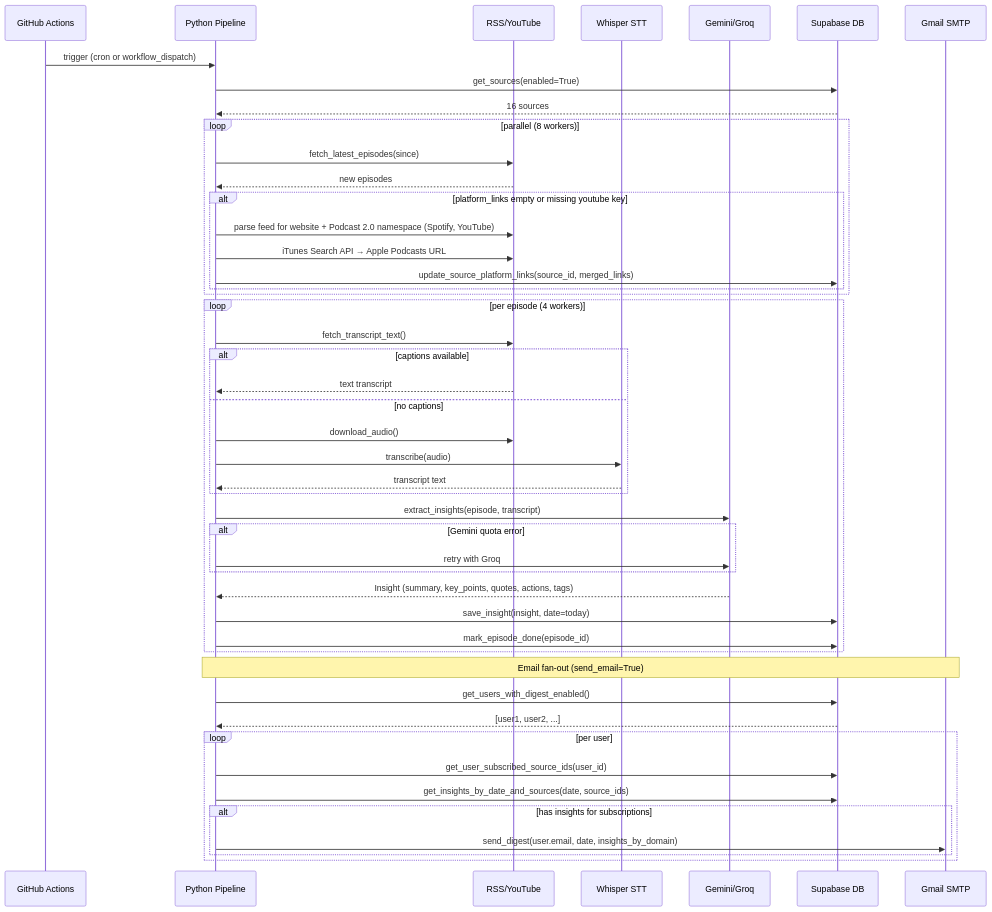
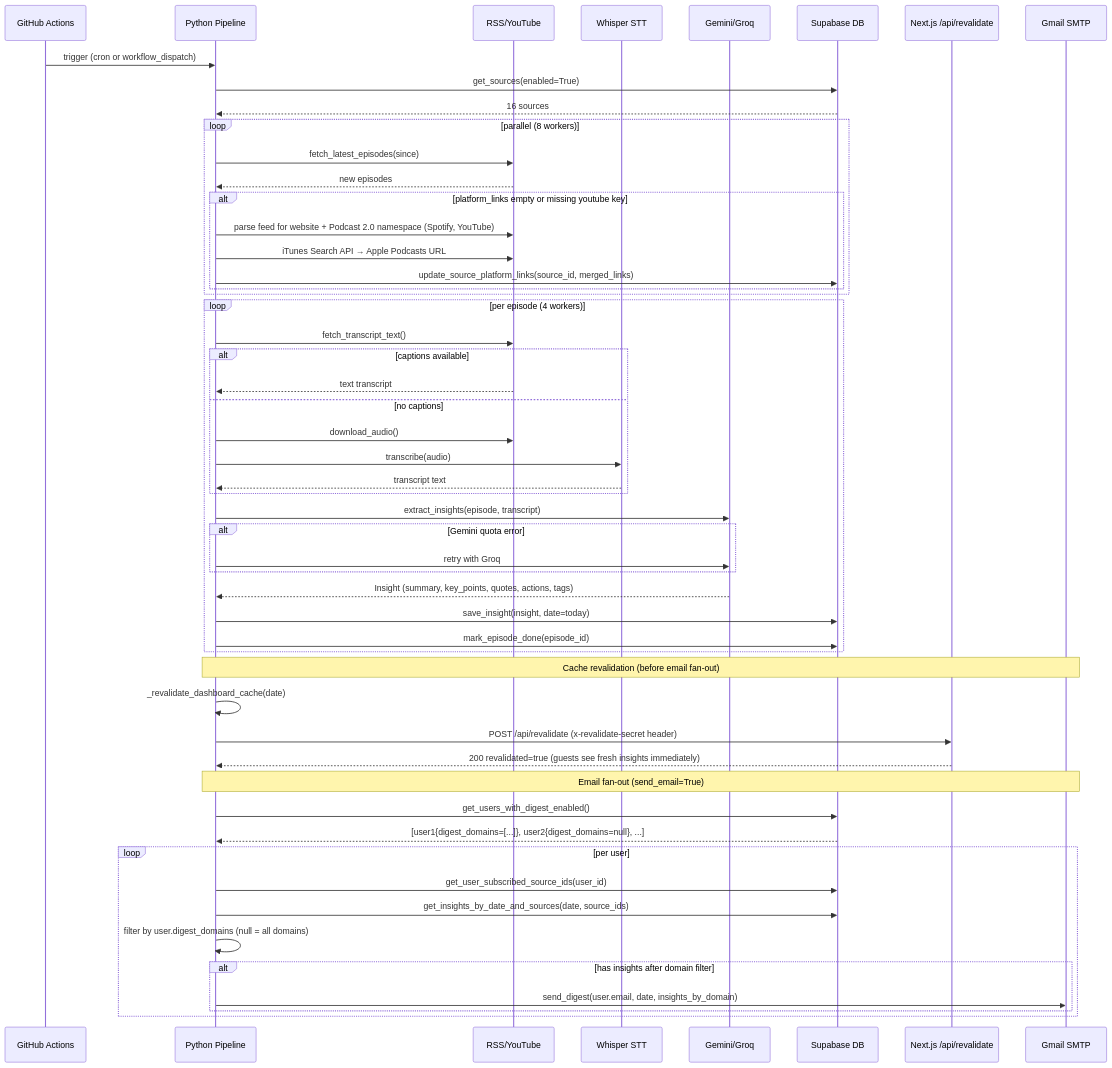
Before and after one commit to vtghub/PodcastsSummarizer: the first of 15 diagrams in docs/request-workflow.md, drawn with Mermaid. The commit also changed other lines of this file and 2 other files, not shown here.

````diff
--- a/docs/request-workflow.md
+++ b/docs/request-workflow.md
@@ -5,53 +5,60 @@
 ```mermaid
 sequenceDiagram
     participant GH as GitHub Actions
     participant PY as Python Pipeline
     participant RSS as RSS/YouTube
     participant W as Whisper STT
     participant LLM as Gemini/Groq
     participant DB as Supabase DB
+    participant NEXT as Next.js /api/revalidate
     participant MAIL as Gmail SMTP
 
     GH->>PY: trigger (cron or workflow_dispatch)
     PY->>DB: get_sources(enabled=True)
     DB-->>PY: 16 sources
 
     loop parallel (8 workers)
         PY->>RSS: fetch_latest_episodes(since)
         RSS-->>PY: new episodes
         alt platform_links empty or missing youtube key
             PY->>RSS: parse feed for website + Podcast 2.0 namespace (Spotify, YouTube)
             PY->>RSS: iTunes Search API → Apple Podcasts URL
             PY->>DB: update_source_platform_links(source_id, merged_links)
         end
     end
 
     loop per episode (4 workers)
         PY->>RSS: fetch_transcript_text()
         alt captions available
             RSS-->>PY: text transcript
         else no captions
             PY->>RSS: download_audio()
             PY->>W: transcribe(audio)
             W-->>PY: transcript text
         end
         PY->>LLM: extract_insights(episode, transcript)
         alt Gemini quota error
             PY->>LLM: retry with Groq
         end
         LLM-->>PY: Insight (summary, key_points, quotes, actions, tags)
         PY->>DB: save_insight(insight, date=today)
         PY->>DB: mark_episode_done(episode_id)
     end
 
+    Note over PY,MAIL: Cache revalidation (before email fan-out)
+    PY->>PY: _revalidate_dashboard_cache(date)
+    PY->>NEXT: POST /api/revalidate (x-revalidate-secret header)
+    NEXT-->>PY: 200 revalidated=true (guests see fresh insights immediately)
+
     Note over PY,MAIL: Email fan-out (send_email=True)
     PY->>DB: get_users_with_digest_enabled()
-    DB-->>PY: [user1, user2, ...]
+    DB-->>PY: [user1{digest_domains=[...]}, user2{digest_domains=null}, ...]
     loop per user
         PY->>DB: get_user_subscribed_source_ids(user_id)
         PY->>DB: get_insights_by_date_and_sources(date, source_ids)
-        alt has insights for subscriptions
+        PY->>PY: filter by user.digest_domains (null = all domains)
+        alt has insights after domain filter
             PY->>MAIL: send_digest(user.email, date, insights_by_domain)
         end
     end
 ```
````
